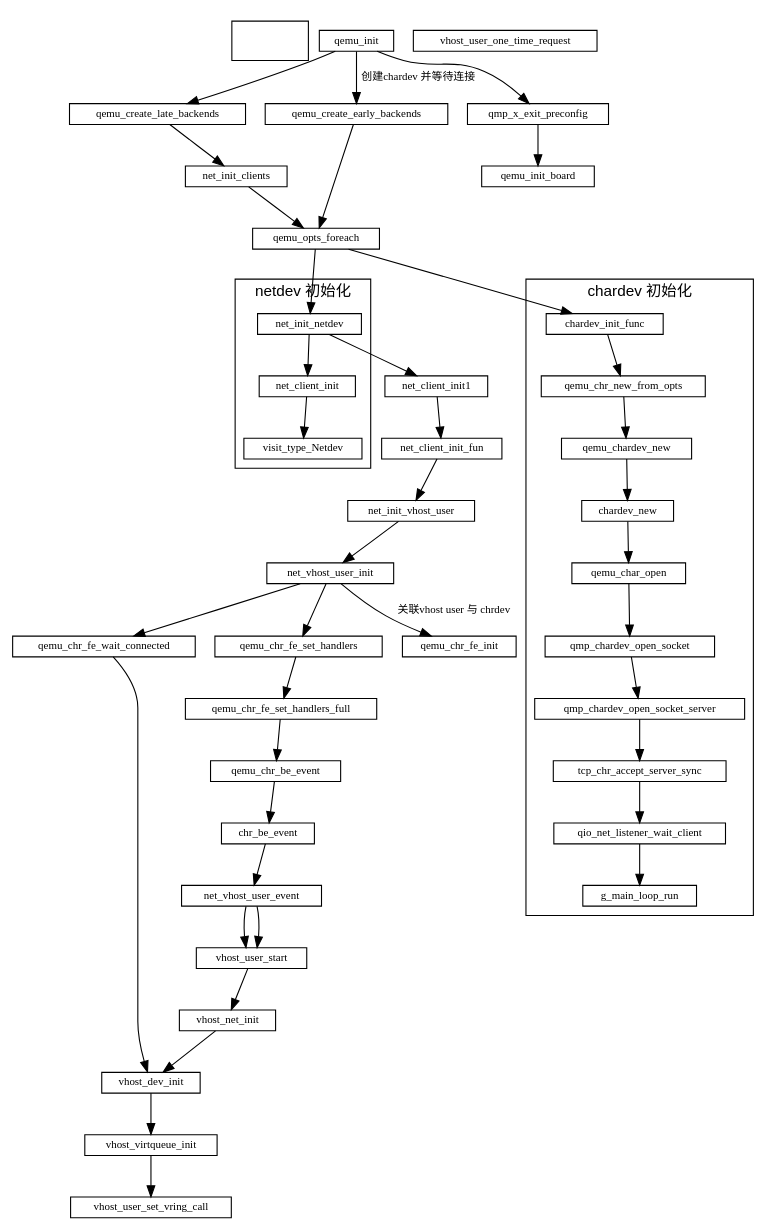
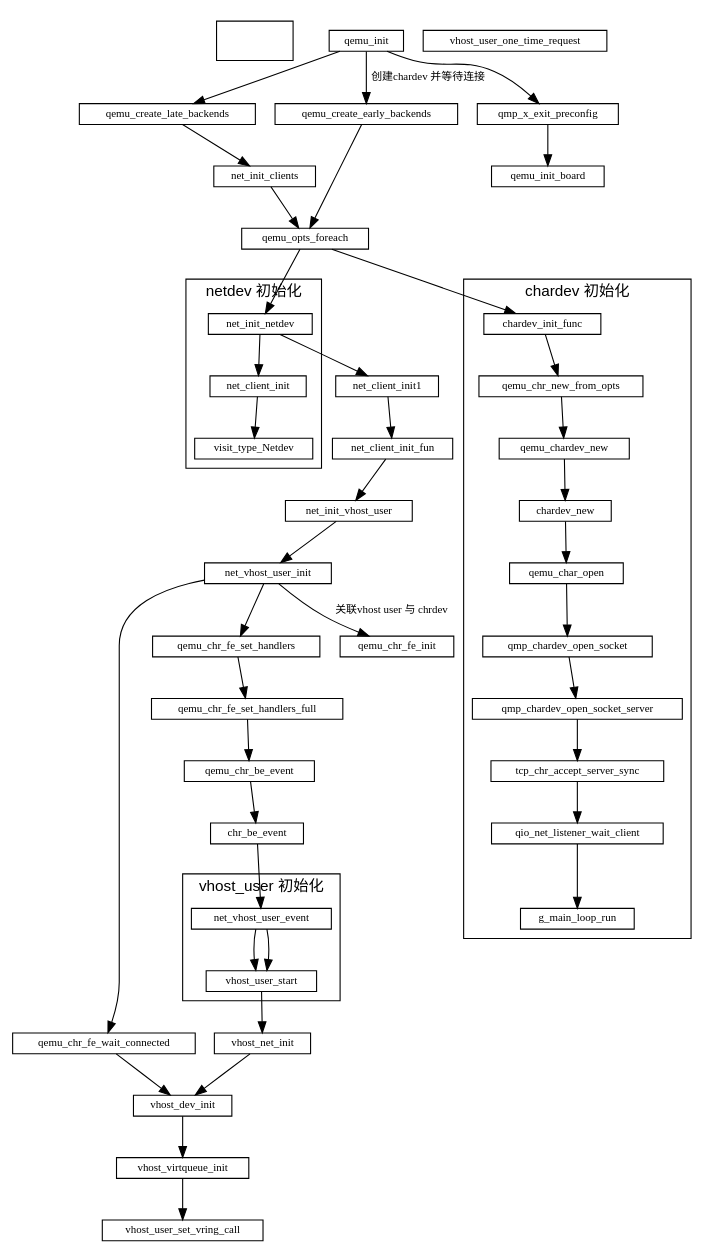
Before and after one commit to sisyphus1212/note: the diagram in qemu/qemu初始化.md, drawn with Graphviz.

Commit message:
auto_update

````diff
--- a/qemu/qemu初始化.md
+++ b/qemu/qemu初始化.md
@@ -11,78 +11,78 @@
 ```graphviz
 digraph {
     fontname="Helvetica,Arial,sans-serif"
     //node [fontname="Helvetica,Arial,sans-serif"]
     //edge [fontname="Helvetica,Arial,sans-serif"]
     //rankdir="LR"
     node [fontsize=10, shape=record, height=0.25]
     edge [fontsize=10]
 
     subgraph  {
         cluster=true
         fd  [style = invis]
     }
 
     qemu_init -> qemu_create_late_backends
               -> net_init_clients
               -> qemu_opts_foreach
               -> net_init_netdev
               -> net_client_init1
               -> net_client_init_fun
               -> net_init_vhost_user
               -> net_vhost_user_init
               -> qemu_chr_fe_wait_connected
               -> vhost_dev_init
     qemu_init -> qemu_create_early_backends[label="创建chardev 并等待连接"]
                  qemu_create_early_backends -> qemu_opts_foreach
                                             -> chardev_init_func
 
     subgraph netdev_init {
         label="netdev 初始化";
         cluster=true;
         net_init_netdev
         -> net_client_init
         -> visit_type_Netdev
     }
 
     subgraph chardev_init {
         label="chardev 初始化";
         cluster=true;
         chardev_init_func
                         -> qemu_chr_new_from_opts
                         -> qemu_chardev_new
                         -> chardev_new
                         -> qemu_char_open
                         -> qmp_chardev_open_socket
                         -> qmp_chardev_open_socket_server
                         -> tcp_chr_accept_server_sync
                         -> qio_net_listener_wait_client
                         -> g_main_loop_run
     }
 
     subgraph vhost_user_init {
         label="vhost_user 初始化";
-
+        cluster=true;
         net_vhost_user_event -> vhost_user_start
     }
     net_vhost_user_init -> qemu_chr_fe_set_handlers
                         -> qemu_chr_fe_set_handlers_full
                         -> qemu_chr_be_event
                         -> chr_be_event
                         -> net_vhost_user_event
                         -> vhost_user_start
                         -> vhost_net_init
                         -> vhost_dev_init
                         -> vhost_virtqueue_init
                         -> vhost_user_set_vring_call
 
     net_vhost_user_init -> qemu_chr_fe_init[label="关联vhost user 与 chrdev"]
 
     qemu_init -> qmp_x_exit_preconfig -> qemu_init_board // 初始化cpu 内存
 
     vhost_dev_init
 
     net_vhost_user_event
 
     vhost_user_one_time_request
 }
 ```
````
